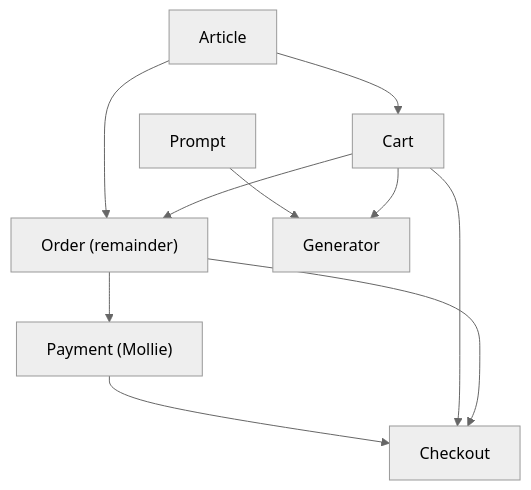
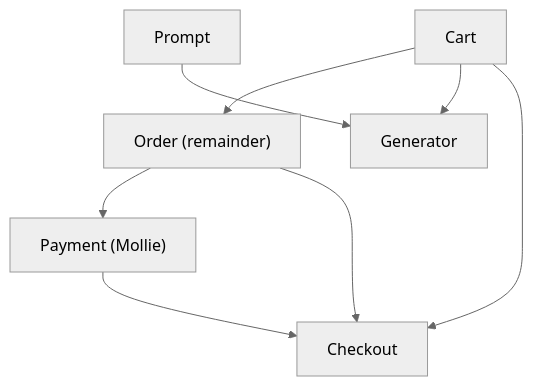
One commit to bitstorm-tech/voenix-shop-kotlin changed the diagram in docs/migration/migration-roadmap.md. Above: the diagram before and after it, drawn with Mermaid (neutral theme). The commit also changed other lines of this file and 18 other files, not shown here.

````diff
--- a/docs/migration/migration-roadmap.md
+++ b/docs/migration/migration-roadmap.md
@@ -73,12 +74,10 @@
 ```mermaid
 graph TD
-    Article --> Cart
-    Article --> Order["Order (remainder)"]
-    Cart --> Order
+    Cart --> Order["Order (remainder)"]
     Prompt --> Generator
     Cart --> Generator
     Order --> Payment["Payment (Mollie)"]
     Payment --> Checkout
     Cart --> Checkout
     Order --> Checkout
 ```
````
